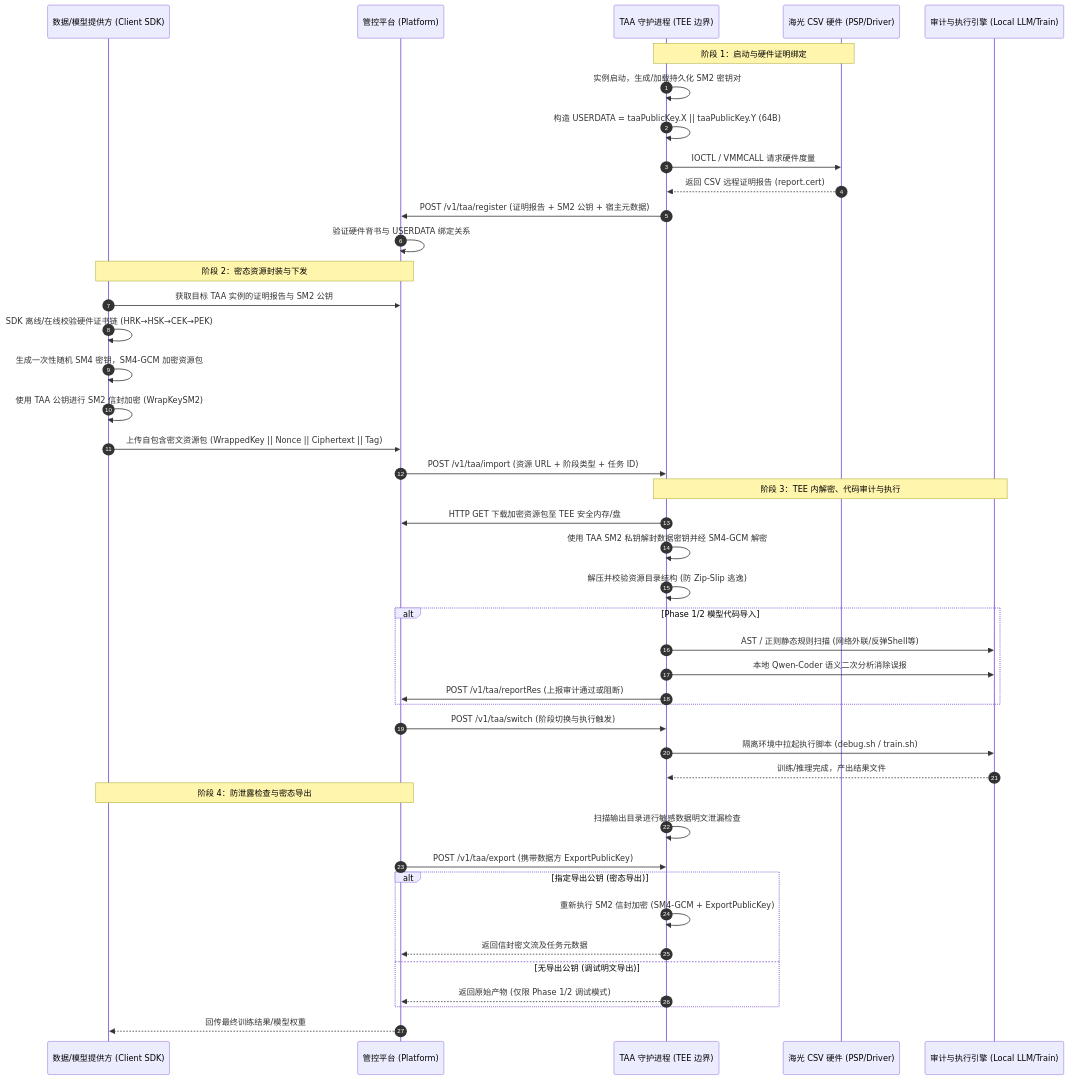
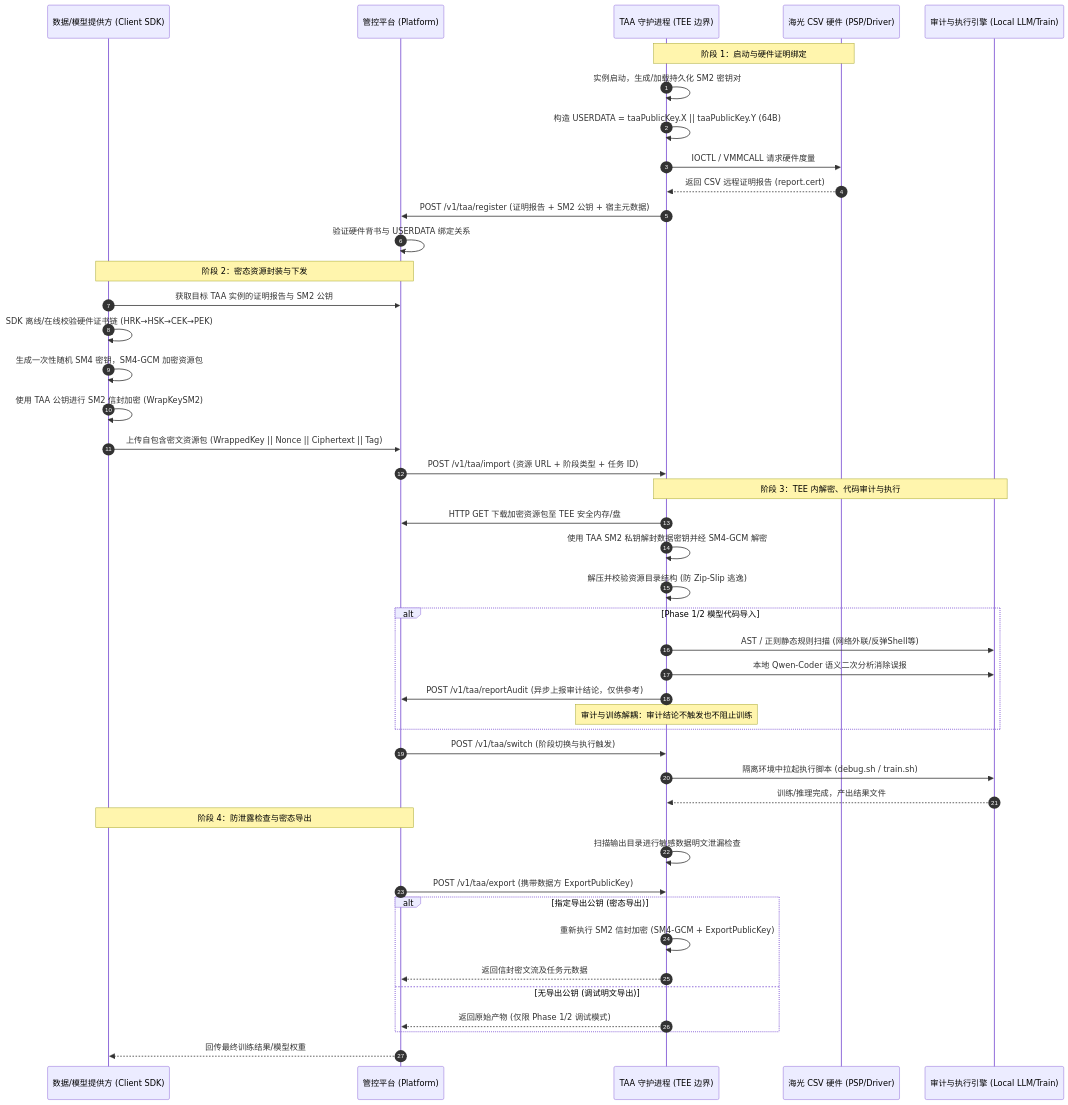
The diagram in docs/architecture-design.md (CipherSlinger/taa), drawn with Mermaid before and after one commit. The commit also changed other lines of this file and 8 other files, not shown here.

````diff
--- a/docs/architecture-design.md
+++ b/docs/architecture-design.md
@@ -20,53 +20,54 @@
 ```mermaid
 sequenceDiagram
     autonumber
     participant Provider as 数据/模型提供方 (Client SDK)
     participant Platform as 管控平台 (Platform)
     participant TAA as TAA 守护进程 (TEE 边界)
     participant CSV as 海光 CSV 硬件 (PSP/Driver)
     participant Engine as 审计与执行引擎 (Local LLM/Train)
 
     %% 阶段 1：启动、证明与身份注册
     Note over TAA,CSV: 阶段 1：启动与硬件证明绑定
     TAA->>TAA: 实例启动，生成/加载持久化 SM2 密钥对
     TAA->>TAA: 构造 USERDATA = taaPublicKey.X || taaPublicKey.Y (64B)
     TAA->>CSV: IOCTL / VMMCALL 请求硬件度量
     CSV-->>TAA: 返回 CSV 远程证明报告 (report.cert)
     TAA->>Platform: POST /v1/taa/register (证明报告 + SM2 公钥 + 宿主元数据)
     Platform->>Platform: 验证硬件背书与 USERDATA 绑定关系
 
     %% 阶段 2：密态资源封装与下发
     Note over Provider,Platform: 阶段 2：密态资源封装与下发
     Provider->>Platform: 获取目标 TAA 实例的证明报告与 SM2 公钥
     Provider->>Provider: SDK 离线/在线校验硬件证书链 (HRK→HSK→CEK→PEK)
     Provider->>Provider: 生成一次性随机 SM4 密钥，SM4-GCM 加密资源包
     Provider->>Provider: 使用 TAA 公钥进行 SM2 信封加密 (WrapKeySM2)
     Provider->>Platform: 上传自包含密文资源包 (WrappedKey || Nonce || Ciphertext || Tag)
     Platform->>TAA: POST /v1/taa/import (资源 URL + 阶段类型 + 任务 ID)
 
     %% 阶段 3：密态解密、审计与执行
     Note over TAA,Engine: 阶段 3：TEE 内解密、代码审计与执行
     TAA->>Platform: HTTP GET 下载加密资源包至 TEE 安全内存/盘
     TAA->>TAA: 使用 TAA SM2 私钥解封数据密钥并经 SM4-GCM 解密
     TAA->>TAA: 解压并校验资源目录结构 (防 Zip-Slip 逃逸)
     alt Phase 1/2 模型代码导入
         TAA->>Engine: AST / 正则静态规则扫描 (网络外联/反弹Shell等)
         TAA->>Engine: 本地 Qwen-Coder 语义二次分析消除误报
-        TAA->>Platform: POST /v1/taa/reportRes (上报审计通过或阻断)
+        TAA->>Platform: POST /v1/taa/reportAudit (异步上报审计结论，仅供参考)
+        Note over TAA: 审计与训练解耦：审计结论不触发也不阻止训练
     end
     Platform->>TAA: POST /v1/taa/switch (阶段切换与执行触发)
     TAA->>Engine: 隔离环境中拉起执行脚本 (debug.sh / train.sh)
     Engine-->>TAA: 训练/推理完成，产出结果文件
 
     %% 阶段 4：防泄露检查与密态导出
     Note over Platform,Provider: 阶段 4：防泄露检查与密态导出
     TAA->>TAA: 扫描输出目录进行敏感数据明文泄漏检查
     Platform->>TAA: POST /v1/taa/export (携带数据方 ExportPublicKey)
     alt 指定导出公钥 (密态导出)
         TAA->>TAA: 重新执行 SM2 信封加密 (SM4-GCM + ExportPublicKey)
         TAA-->>Platform: 返回信封密文流及任务元数据
     else 无导出公钥 (调试明文导出)
         TAA-->>Platform: 返回原始产物 (仅限 Phase 1/2 调试模式)
     end
     Platform-->>Provider: 回传最终训练结果/模型权重
 ```
````
